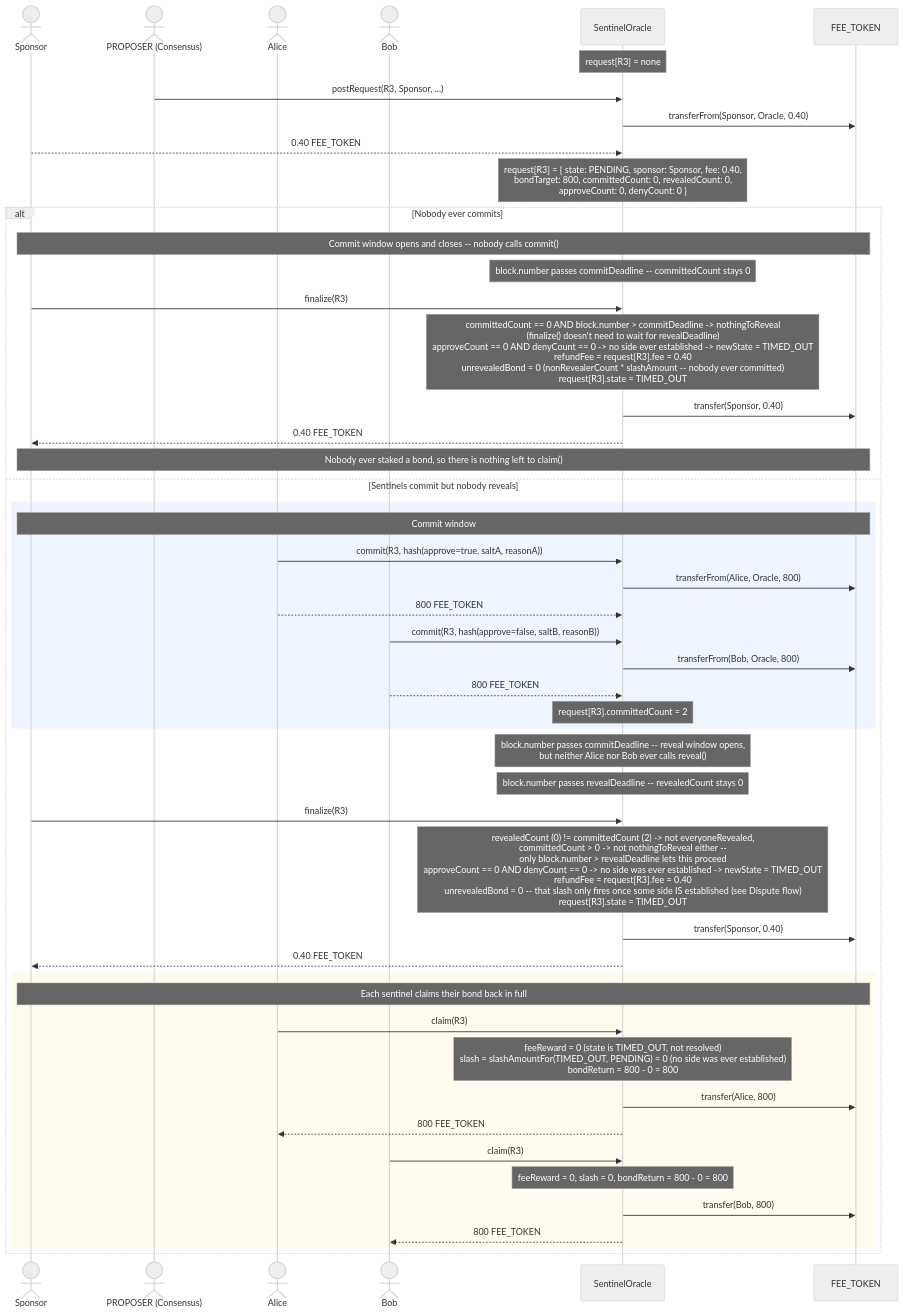
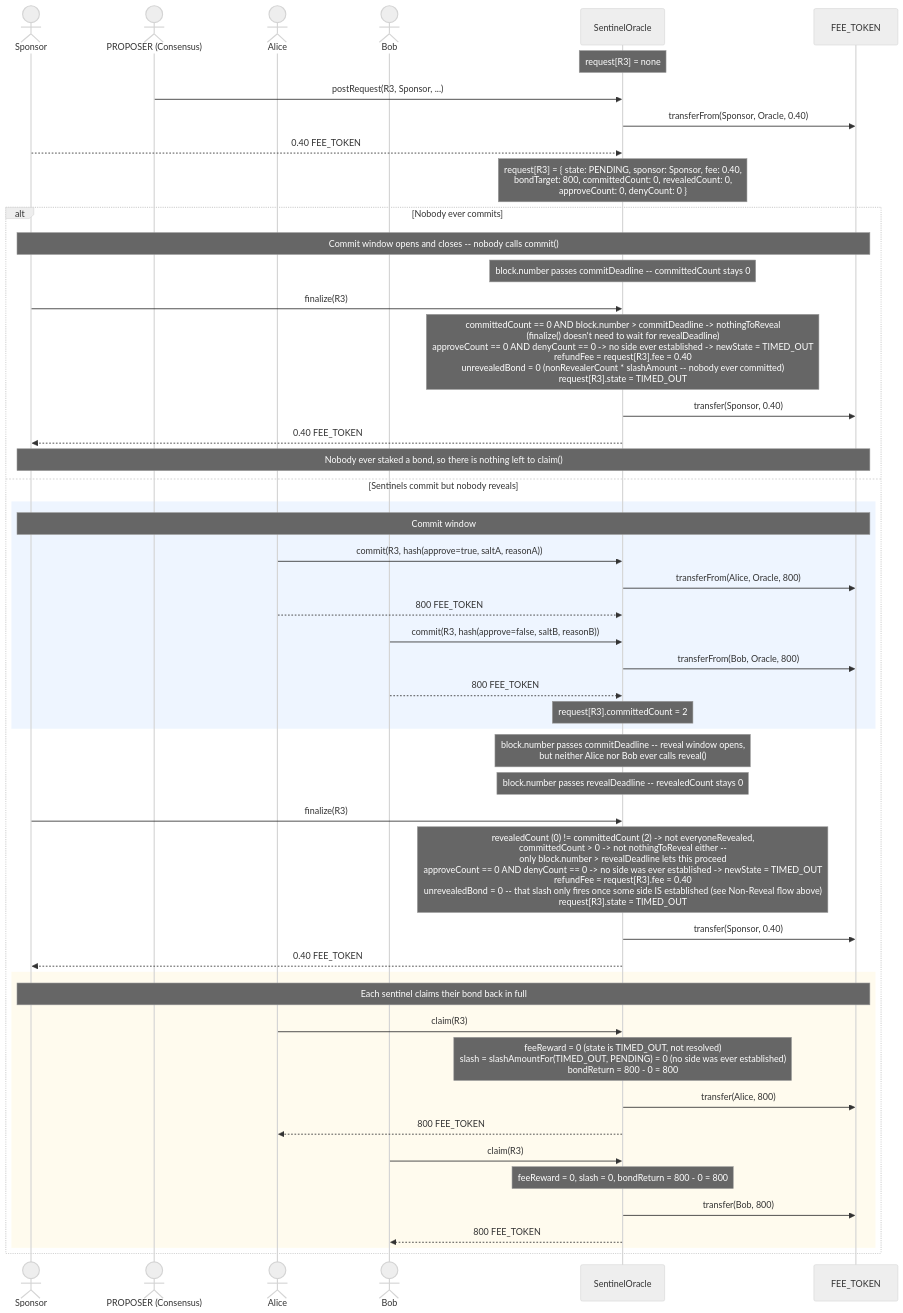
Before and after one commit to safe-research/safenet: the fifth of 5 diagrams in contracts/docs/SentinelOracle.md, drawn with Mermaid (neutral theme). The commit also changed other lines of this file, not shown here.

First line of the commit message:
Document Non-Reveal Slashing Flows

````diff
--- a/contracts/docs/SentinelOracle.md
+++ b/contracts/docs/SentinelOracle.md
@@ -224,61 +325,61 @@
 ```mermaid
 sequenceDiagram
     actor Sponsor
     actor Proposer as PROPOSER (Consensus)
     actor Alice
     actor Bob
     participant Oracle as SentinelOracle
     participant Token as FEE_TOKEN
 
     Note over Oracle: request[R3] = none
 
     Proposer->>Oracle: postRequest(R3, Sponsor, ...)
     Oracle->>Token: transferFrom(Sponsor, Oracle, 0.40)
     Sponsor-->>Oracle: 0.40 FEE_TOKEN
     Note over Oracle: request[R3] = { state: PENDING, sponsor: Sponsor, fee: 0.40,<br/>bondTarget: 800, committedCount: 0, revealedCount: 0,<br/>approveCount: 0, denyCount: 0 }
 
     alt Nobody ever commits
         Note over Sponsor,Token: Commit window opens and closes -- nobody calls commit()
         Note over Oracle: block.number passes commitDeadline -- committedCount stays 0
 
         Sponsor->>Oracle: finalize(R3)
         Note over Oracle: committedCount == 0 AND block.number > commitDeadline -> nothingToReveal<br/>(finalize() doesn't need to wait for revealDeadline)<br/>approveCount == 0 AND denyCount == 0 -> no side ever established -> newState = TIMED_OUT<br/>refundFee = request[R3].fee = 0.40<br/>unrevealedBond = 0 (nonRevealerCount * slashAmount -- nobody ever committed)<br/>request[R3].state = TIMED_OUT
         Oracle->>Token: transfer(Sponsor, 0.40)
         Oracle-->>Sponsor: 0.40 FEE_TOKEN
 
         Note over Sponsor,Token: Nobody ever staked a bond, so there is nothing left to claim()
     else Sentinels commit but nobody reveals
         rect rgba(200,220,255,0.3)
             Note over Sponsor,Token: Commit window
             Alice->>Oracle: commit(R3, hash(approve=true, saltA, reasonA))
             Oracle->>Token: transferFrom(Alice, Oracle, 800)
             Alice-->>Oracle: 800 FEE_TOKEN
 
             Bob->>Oracle: commit(R3, hash(approve=false, saltB, reasonB))
             Oracle->>Token: transferFrom(Bob, Oracle, 800)
             Bob-->>Oracle: 800 FEE_TOKEN
             Note over Oracle: request[R3].committedCount = 2
         end
 
         Note over Oracle: block.number passes commitDeadline -- reveal window opens,<br/>but neither Alice nor Bob ever calls reveal()
         Note over Oracle: block.number passes revealDeadline -- revealedCount stays 0
 
         Sponsor->>Oracle: finalize(R3)
-        Note over Oracle: revealedCount (0) != committedCount (2) -> not everyoneRevealed,<br/>committedCount > 0 -> not nothingToReveal either --<br/>only block.number > revealDeadline lets this proceed<br/>approveCount == 0 AND denyCount == 0 -> no side was ever established -> newState = TIMED_OUT<br/>refundFee = request[R3].fee = 0.40<br/>unrevealedBond = 0 -- that slash only fires once some side IS established (see Dispute flow)<br/>request[R3].state = TIMED_OUT
+        Note over Oracle: revealedCount (0) != committedCount (2) -> not everyoneRevealed,<br/>committedCount > 0 -> not nothingToReveal either --<br/>only block.number > revealDeadline lets this proceed<br/>approveCount == 0 AND denyCount == 0 -> no side was ever established -> newState = TIMED_OUT<br/>refundFee = request[R3].fee = 0.40<br/>unrevealedBond = 0 -- that slash only fires once some side IS established (see Non-Reveal flow above)<br/>request[R3].state = TIMED_OUT
         Oracle->>Token: transfer(Sponsor, 0.40)
         Oracle-->>Sponsor: 0.40 FEE_TOKEN
 
         rect rgba(255,240,200,0.3)
             Note over Sponsor,Token: Each sentinel claims their bond back in full
             Alice->>Oracle: claim(R3)
             Note over Oracle: feeReward = 0 (state is TIMED_OUT, not resolved)<br/>slash = slashAmountFor(TIMED_OUT, PENDING) = 0 (no side was ever established)<br/>bondReturn = 800 - 0 = 800
             Oracle->>Token: transfer(Alice, 800)
             Oracle-->>Alice: 800 FEE_TOKEN
 
             Bob->>Oracle: claim(R3)
             Note over Oracle: feeReward = 0, slash = 0, bondReturn = 800 - 0 = 800
             Oracle->>Token: transfer(Bob, 800)
             Oracle-->>Bob: 800 FEE_TOKEN
         end
     end
 ```
````
